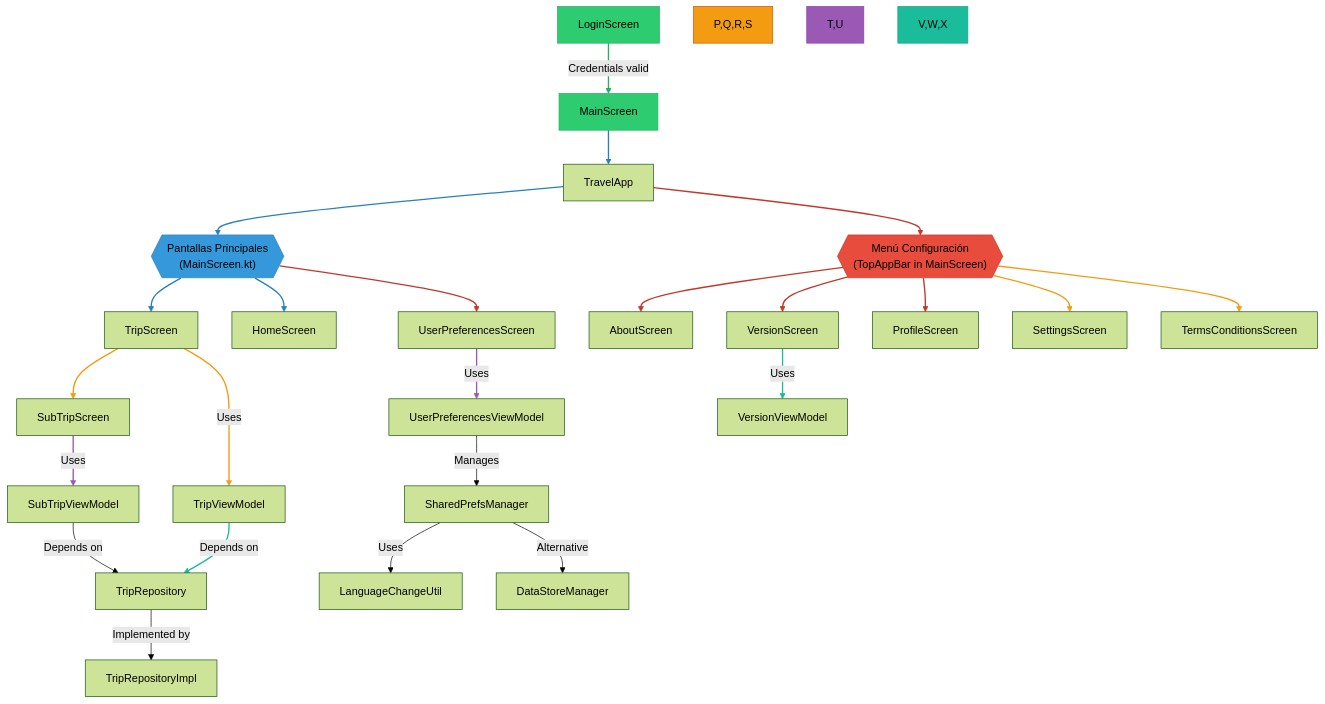
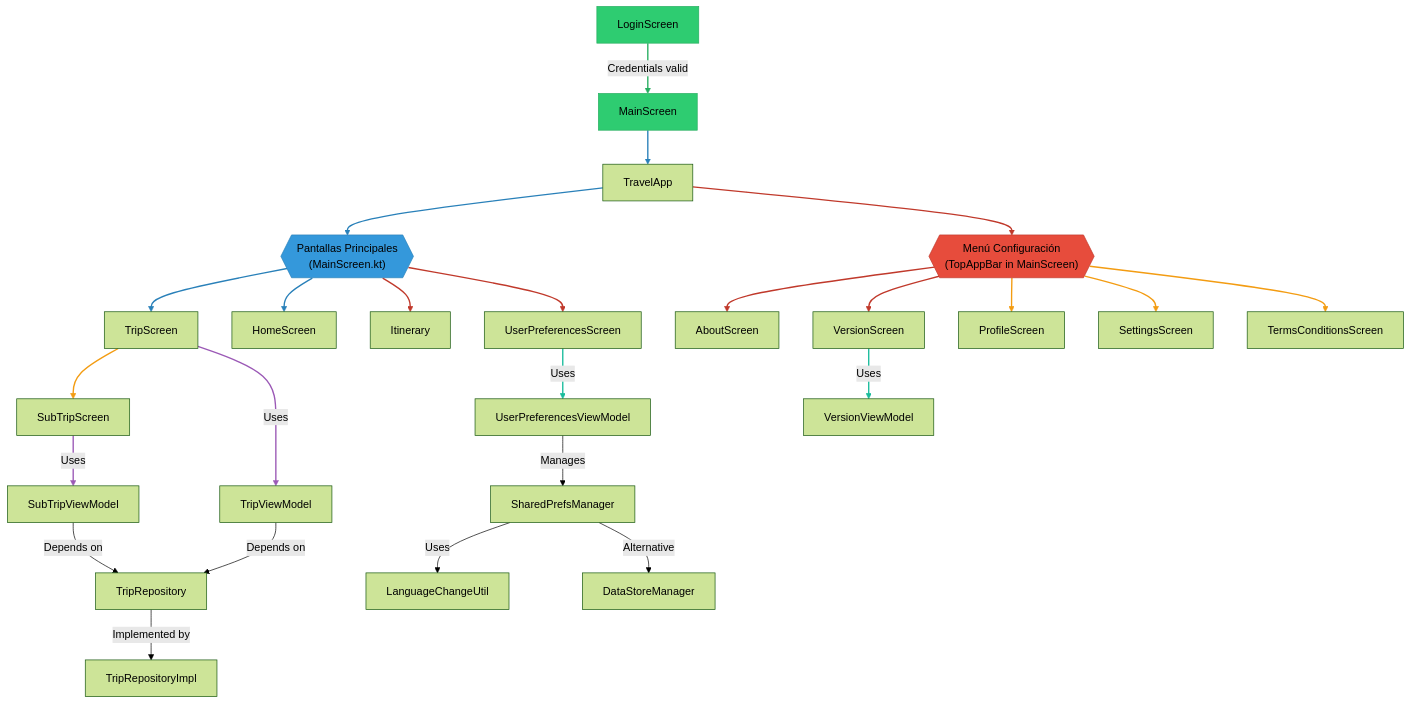
One commit to GEI3-Udl-2025/Travel_World changed the second of 2 diagrams in documentation/design.md. Above: the diagram before and after it, drawn with Mermaid (forest theme).

````diff
--- a/documentation/design.md
+++ b/documentation/design.md
@@ -21,46 +21,45 @@
 ```mermaid
 flowchart TD
     %% ===== Main Flow =====
     A[LoginScreen] -->|"Credentials valid"| B[MainScreen]
     B --> C[TravelApp]
     C --> D{{"Pantallas Principales\n(MainScreen.kt)"}}
     D --> E[TripScreen]
     D --> F[HomeScreen]
+    D --> H[Itinerary]
     D --> G[UserPreferencesScreen]
     C --> I{{"Menú Configuración\n(TopAppBar in MainScreen)"}}
     I --> J[AboutScreen]
     I --> K[VersionScreen]
     I --> L[ProfileScreen]
     I --> M[SettingsScreen]
     I --> N[TermsConditionsScreen]
     E --> O[SubTripScreen]
 
     %% ===== Data Connections =====
     E -->|"Uses"| P[TripViewModel]
     O -->|"Uses"| Q[SubTripViewModel]
     G -->|"Uses"| R[UserPreferencesViewModel]
     K -->|"Uses"| S[VersionViewModel]
     
     P & Q -->|"Depends on"| T[TripRepository]
     T -->|"Implemented by"| U[TripRepositoryImpl]
     R -->|"Manages"| V[SharedPrefsManager]
     V -->|"Uses"| W[LanguageChangeUtil]
     V -->|"Alternative"| X[DataStoreManager]
 
     %% ===== Style =====
     style A fill:#2ecc71,stroke:#27ae60
     style B fill:#2ecc71,stroke:#27ae60
     style D fill:#3498db,stroke:#2980b9
     style I fill:#e74c3c,stroke:#c0392b
-    style P,Q,R,S fill:#f39c12,stroke:#d35400
-    style T,U fill:#9b59b6,stroke:#8e44ad
-    style V,W,X fill:#1abc9c,stroke:#16a085
+
 
     %% ===== Legend =====
     linkStyle 0 stroke:#27ae60,stroke-width:2px
     linkStyle 1,2,3,4 stroke:#2980b9,stroke-width:2px
     linkStyle 5,6,7,8,9 stroke:#c0392b,stroke-width:2px
     linkStyle 10,11,12,13 stroke:#f39c12,stroke-width:2px
     linkStyle 14,15 stroke:#9b59b6,stroke-width:2px
     linkStyle 16,17 stroke:#1abc9c,stroke-width:2px
 ```
````
